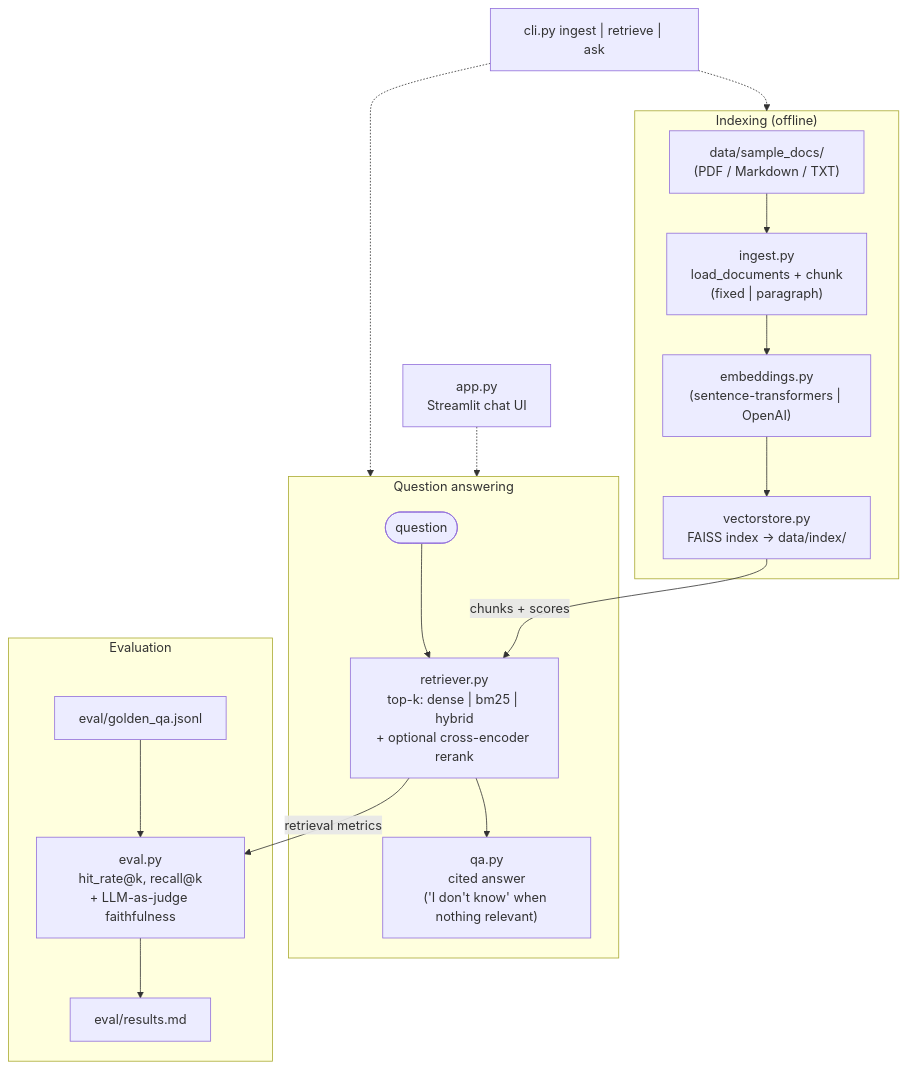
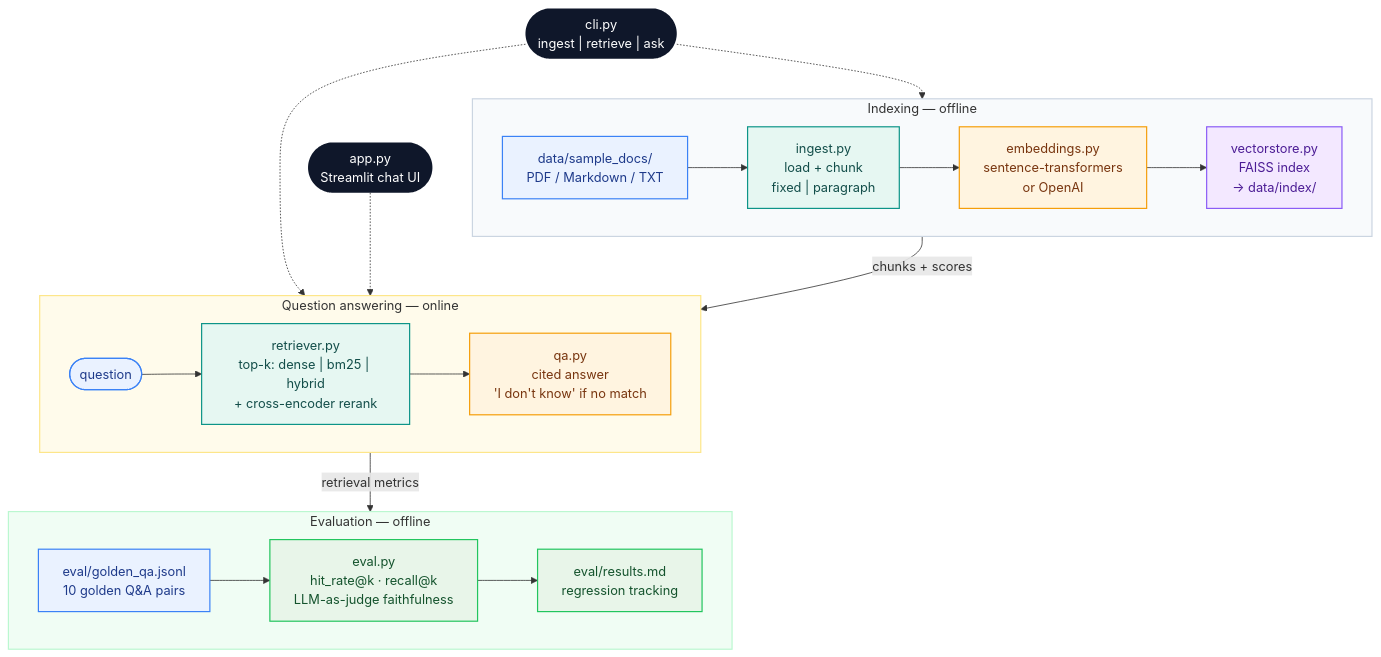
Before and after one commit to rufengma/RAG-knowledge-qa: the diagram in README.md, drawn with Mermaid.

Commit message:
docs: restyle architecture diagram in README (color-coded lanes, same flow)

````diff
--- a/README.md
+++ b/README.md
@@ -11,29 +11,46 @@
 ```mermaid
 flowchart TB
-    subgraph Ingest ["Indexing (offline)"]
-        Docs["data/sample_docs/\n(PDF / Markdown / TXT)"]
-        Load["ingest.py\nload_documents + chunk\n(fixed | paragraph)"]
-        Embed["embeddings.py\n(sentence-transformers | OpenAI)"]
-        Store["vectorstore.py\nFAISS index -> data/index/"]
+    CLI(["cli.py<br/>ingest | retrieve | ask"]):::entry
+    App(["app.py<br/>Streamlit chat UI"]):::entry
+
+    subgraph Ingest["Indexing — offline"]
+        direction LR
+        Docs["data/sample_docs/<br/>PDF / Markdown / TXT"]:::input
+        Load["ingest.py<br/>load + chunk<br/>fixed | paragraph"]:::process
+        Embed["embeddings.py<br/>sentence-transformers<br/>or OpenAI"]:::model
+        Store["vectorstore.py<br/>FAISS index<br/>→ data/index/"]:::store
         Docs --> Load --> Embed --> Store
     end
 
-    subgraph Query ["Question answering"]
-        Q(["question"])
-        Ret["retriever.py\ntop-k: dense | bm25 | hybrid\n+ optional cross-encoder rerank"]
-        QA["qa.py\ncited answer\n('I don't know' when nothing relevant)"]
+    subgraph Query["Question answering — online"]
+        direction LR
+        Q(["question"]):::input
+        Ret["retriever.py<br/>top-k: dense | bm25 | hybrid<br/>+ cross-encoder rerank"]:::process
+        QA["qa.py<br/>cited answer<br/>'I don't know' if no match"]:::model
         Q --> Ret --> QA
     end
 
-    subgraph Evals ["Evaluation"]
-        Gold["eval/golden_qa.jsonl"]
-        Eval["eval.py\nhit_rate@k, recall@k\n+ LLM-as-judge faithfulness"]
-        Gold --> Eval --> Results["eval/results.md"]
+    subgraph Evals["Evaluation — offline"]
+        direction LR
+        Gold["eval/golden_qa.jsonl<br/>10 golden Q&A pairs"]:::input
+        Eval["eval.py<br/>hit_rate@k · recall@k<br/>LLM-as-judge faithfulness"]:::output
+        Results["eval/results.md<br/>regression tracking"]:::output
+        Gold --> Eval --> Results
     end
 
+    CLI -.-> Ingest
+    CLI -.-> Query
+    App -.-> Query
     Store -->|"chunks + scores"| Ret
     Ret -->|"retrieval metrics"| Eval
-    CLI["cli.py ingest | retrieve | ask"] -.-> Ingest
-    CLI -.-> Query
-    App["app.py\nStreamlit chat UI"] -.-> Query
+
+    classDef entry fill:#0F172A,stroke:#0F172A,color:#FFFFFF,stroke-width:0px
+    classDef input fill:#EAF2FF,stroke:#3B82F6,stroke-width:1.5px,color:#1E3A8A
+    classDef process fill:#E6F7F2,stroke:#0D9488,stroke-width:1.5px,color:#134E4A
+    classDef model fill:#FFF4E0,stroke:#F59E0B,stroke-width:1.5px,color:#78350F
+    classDef store fill:#F3E8FF,stroke:#8B5CF6,stroke-width:1.5px,color:#4C1D95
+    classDef output fill:#E8F5E9,stroke:#22C55E,stroke-width:1.5px,color:#14532D
+    style Ingest fill:#F8FAFC,stroke:#CBD5E1,stroke-width:1.5px
+    style Query fill:#FFFBEB,stroke:#FDE68A,stroke-width:1.5px
+    style Evals fill:#F0FDF4,stroke:#BBF7D0,stroke-width:1.5px
 ```
````
